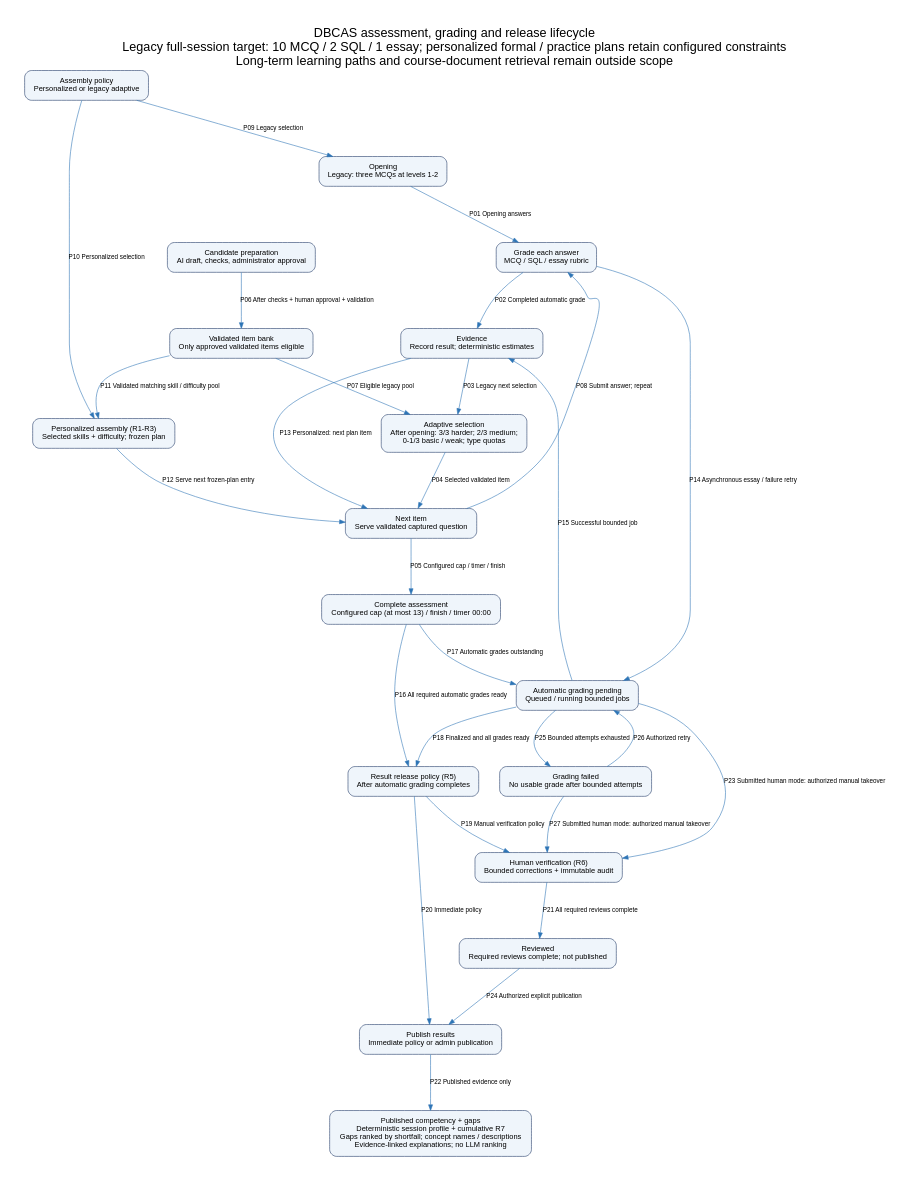
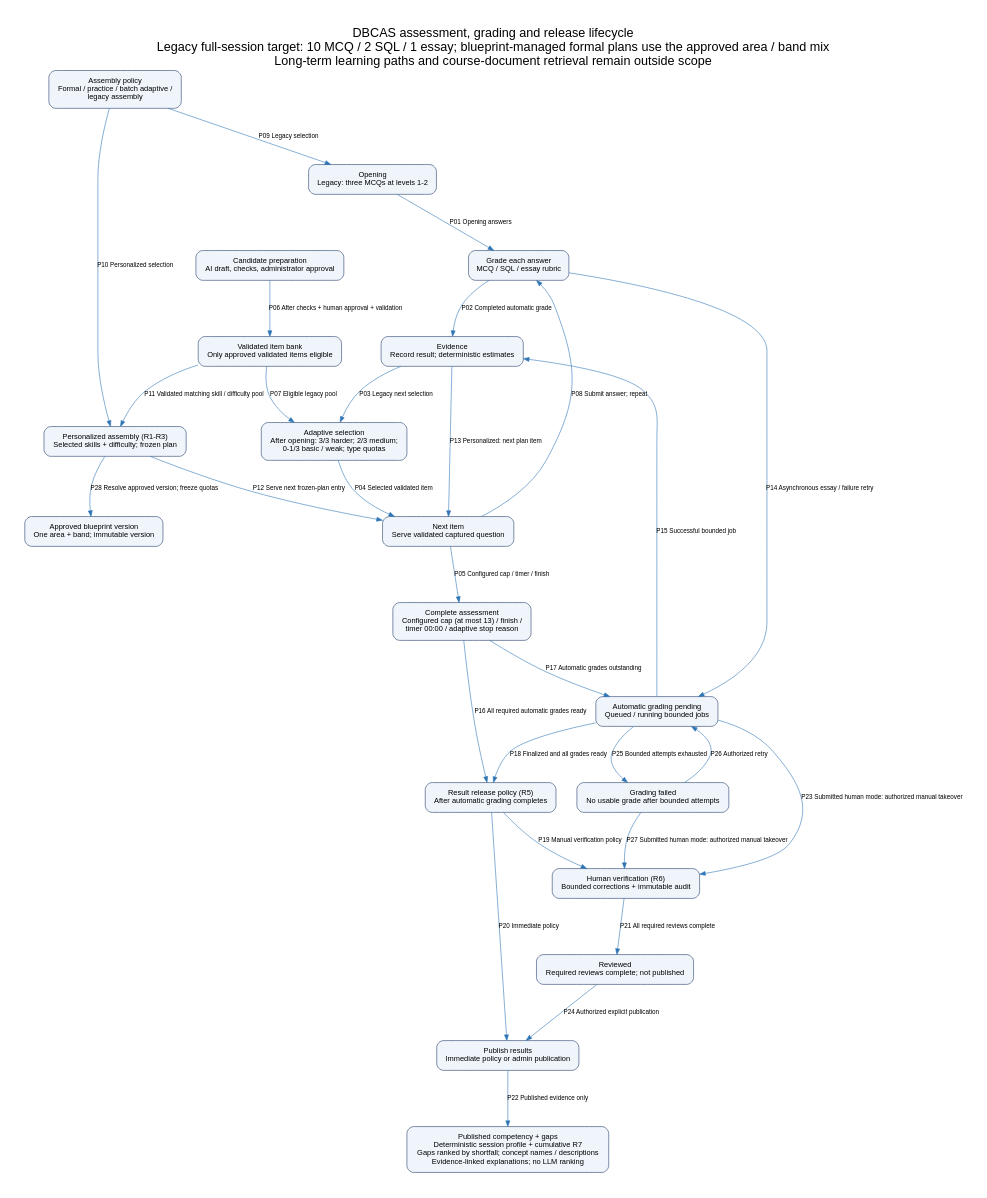
One commit to nguyendodary/DBCAS changed the diagram in docs/diagrams/assessment-lifecycle.dot. Above: the diagram before and after it, drawn with Graphviz. The commit also changed 19 other files, not shown here.

First line of the commit message:
docs(diagrams): align the eight authored architecture views with 633fea3

```diff
--- a/docs/diagrams/assessment-lifecycle.dot
+++ b/docs/diagrams/assessment-lifecycle.dot
@@ -1,48 +1,50 @@
 digraph pipeline {
 graph [rankdir=TB,bgcolor="white",pad="0.5",nodesep="0.5",ranksep="1.2",fontname="Arial",fontsize=22]; node [shape=box,style="rounded,filled",fillcolor="#EFF5FB",color="#1F3864",fontname="Arial",fontsize=13,margin="0.16"]; edge [color="#2E75B6",fontname="Arial",fontsize=11];
-graph [label="DBCAS assessment, grading and release lifecycle\nLegacy full-session target: 10 MCQ / 2 SQL / 1 essay; personalized formal / practice plans retain configured constraints\nLong-term learning paths and course-document retrieval remain outside scope",labelloc=t];
+graph [label="DBCAS assessment, grading and release lifecycle\nLegacy full-session target: 10 MCQ / 2 SQL / 1 essay; blueprint-managed formal plans use the approved area / band mix\nLong-term learning paths and course-document retrieval remain outside scope",labelloc=t];
 "opening" [label="Opening\nLegacy: three MCQs at levels 1-2"];
 "grade" [label="Grade each answer\nMCQ / SQL / essay rubric"];
 "evidence" [label="Evidence\nRecord result; deterministic estimates"];
 "adaptive" [label="Adaptive selection\nAfter opening: 3/3 harder; 2/3 medium;\n0-1/3 basic / weak; type quotas"];
 "next" [label="Next item\nServe validated captured question"];
-"complete" [label="Complete assessment\nConfigured cap (at most 13) / finish / timer 00:00"];
+"complete" [label="Complete assessment\nConfigured cap (at most 13) / finish /\ntimer 00:00 / adaptive stop reason"];
 "candidate" [label="Candidate preparation\nAI draft, checks, administrator approval"];
 "bank" [label="Validated item bank\nOnly approved validated items eligible"];
-"mode" [label="Assembly policy\nPersonalized or legacy adaptive"];
+"mode" [label="Assembly policy\nFormal / practice / batch adaptive /\nlegacy assembly"];
 "plan" [label="Personalized assembly (R1-R3)\nSelected skills + difficulty; frozen plan"];
+"bpv" [label="Approved blueprint version\nOne area + band; immutable version"];
 "pending" [label="Automatic grading pending\nQueued / running bounded jobs"];
 "policy" [label="Result release policy (R5)\nAfter automatic grading completes"];
 "review" [label="Human verification (R6)\nBounded corrections + immutable audit"];
 "publish" [label="Publish results\nImmediate policy or admin publication"];
 "competency" [label="Published competency + gaps\nDeterministic session profile + cumulative R7\nGaps ranked by shortfall; concept names / descriptions\nEvidence-linked explanations; no LLM ranking"];
 "opening" -> "grade" [id="P01",label="P01 Opening answers"];
 "grade" -> "evidence" [id="P02",label="P02 Completed automatic grade"];
 "evidence" -> "adaptive" [id="P03",label="P03 Legacy next selection"];
 "adaptive" -> "next" [id="P04",label="P04 Selected validated item"];
 "next" -> "complete" [id="P05",label="P05 Configured cap / timer / finish"];
 "candidate" -> "bank" [id="P06",label="P06 After checks + human approval + validation"];
 "bank" -> "adaptive" [id="P07",label="P07 Eligible legacy pool"];
 "next" -> "grade" [id="P08",label="P08 Submit answer; repeat"];
 "mode" -> "opening" [id="P09",label="P09 Legacy selection"];
 "mode" -> "plan" [id="P10",label="P10 Personalized selection"];
 "bank" -> "plan" [id="P11",label="P11 Validated matching skill / difficulty pool"];
 "plan" -> "next" [id="P12",label="P12 Serve next frozen-plan entry"];
 "evidence" -> "next" [id="P13",label="P13 Personalized: next plan item"];
 "grade" -> "pending" [id="P14",label="P14 Asynchronous essay / failure retry"];
 "pending" -> "evidence" [id="P15",label="P15 Successful bounded job"];
 "complete" -> "policy" [id="P16",label="P16 All required automatic grades ready"];
 "complete" -> "pending" [id="P17",label="P17 Automatic grades outstanding"];
 "pending" -> "policy" [id="P18",label="P18 Finalized and all grades ready"];
 "policy" -> "review" [id="P19",label="P19 Manual verification policy"];
 "policy" -> "publish" [id="P20",label="P20 Immediate policy"];
 "review" -> "reviewed" [id="P21",label="P21 All required reviews complete"];
 "publish" -> "competency" [id="P22",label="P22 Published evidence only"];
 pending -> review [id="P23", label="P23 Submitted human mode: authorized manual takeover"];
 reviewed [label="Reviewed\nRequired reviews complete; not published"];
 failed [label="Grading failed\nNo usable grade after bounded attempts"];
 reviewed -> publish [id="P24",label="P24 Authorized explicit publication"];
 pending -> failed [id="P25",label="P25 Bounded attempts exhausted"];
 failed -> pending [id="P26",label="P26 Authorized retry"];
 failed -> review [id="P27",label="P27 Submitted human mode: authorized manual takeover"];
+plan -> bpv [id="P28",label="P28 Resolve approved version; freeze quotas"];
 }
```
